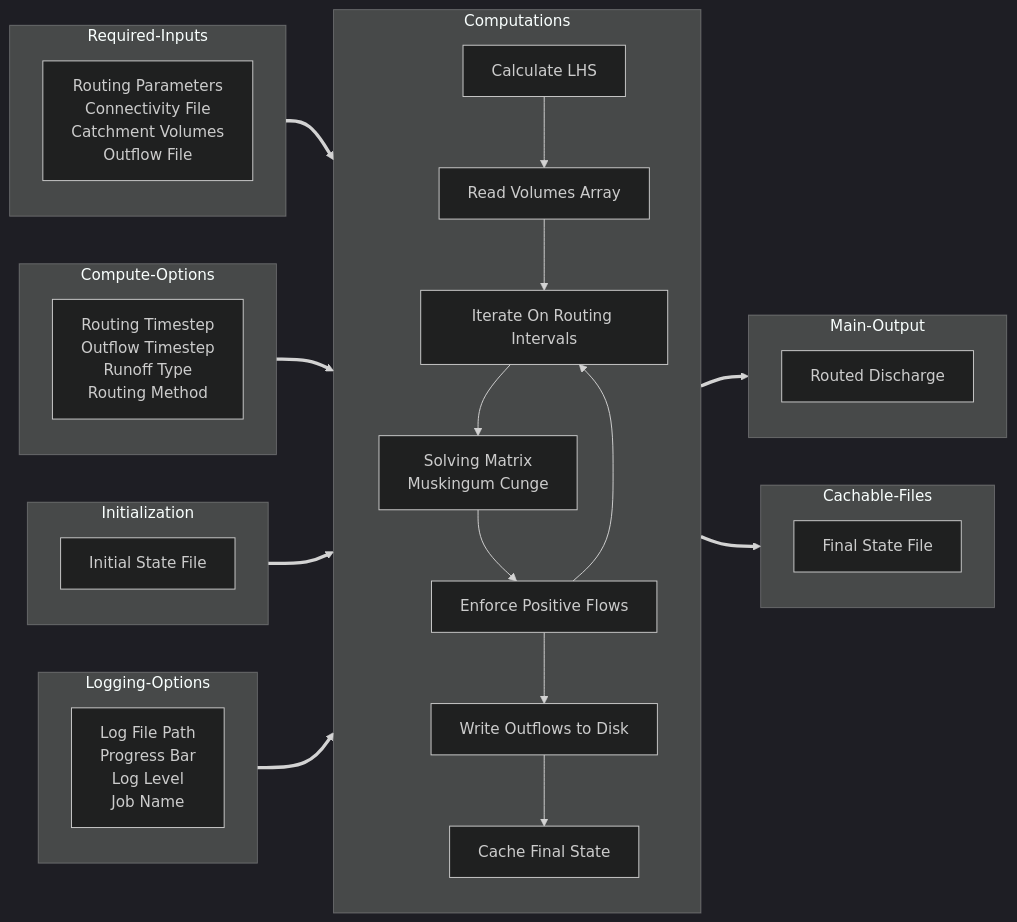
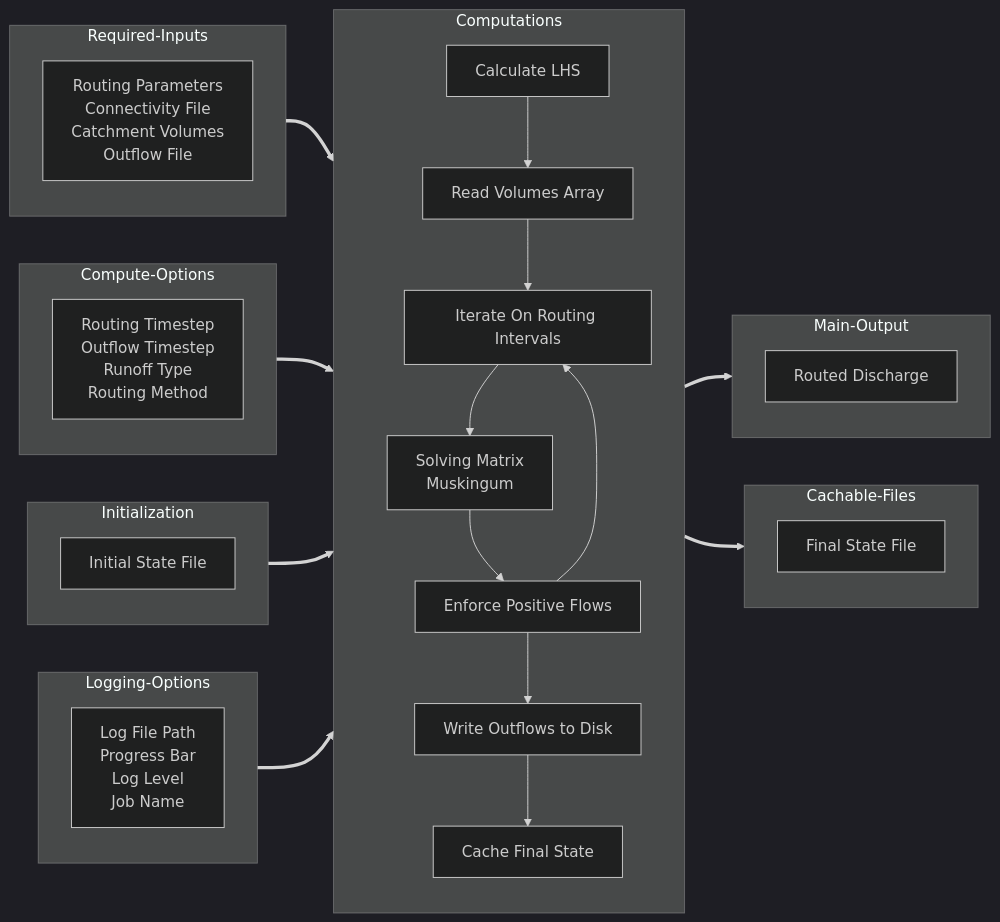
Before and after one commit to rileyhales/river-route: the diagram in docs/index.md, drawn with Mermaid (dark theme). The commit also changed other lines of this file and 15 other files, not shown here.

````diff
--- a/docs/index.md
+++ b/docs/index.md
@@ -29,43 +29,43 @@
 ```mermaid
 ---
 Title: River Route Process Diagram
 ---
 graph LR
     subgraph "Required-Inputs"
         Inputs["Routing Parameters\nConnectivity File\nCatchment Volumes\nOutflow File"]
     end
 
     subgraph "Compute-Options"
         co1["Routing Timestep\nOutflow Timestep\nRunoff Type\nRouting Method"]
     end
 
     subgraph "Initialization"
         i1["Initial State File"]
     end
 
     subgraph "Logging-Options"
         management["Log File Path\nProgress Bar\nLog Level\nJob Name"]
     end
 
     subgraph "Computations"
         direction TB
         a[Calculate LHS] --> b
         b[Read Volumes Array] --> c
         c[Iterate On Routing Intervals] --> d
-        d[Solving Matrix\nMuskingum Cunge] --> e
+        d[Solving Matrix\nMuskingum] --> e
         e[Enforce Positive Flows] --> f & c
         f[Write Outflows to Disk] --> g
         g[Cache Final State]
     end
 
     subgraph "Main-Output"
         Result[Routed Discharge]
     end
 
     subgraph "Cachable-Files"
         CachedFiles["Final State File"]
     end
 
     Required-Inputs & Compute-Options & Initialization & Logging-Options ==> Computations
     Computations ==> Main-Output & Cachable-Files
 ```
````
